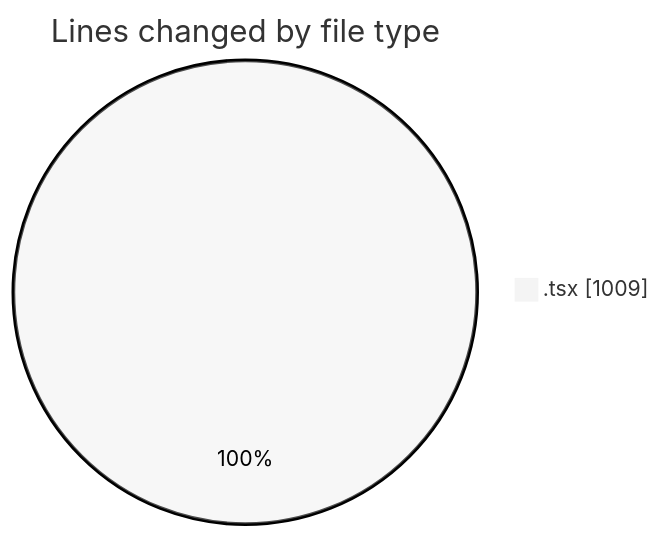
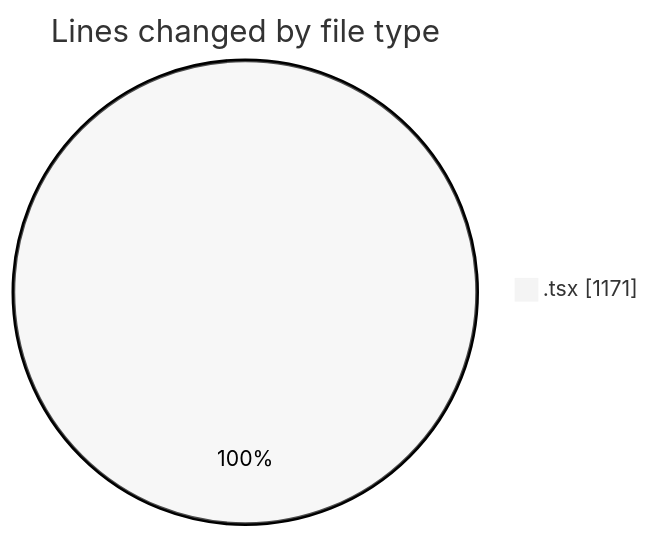
The first of 2 diagrams in 2025-06-25/archive/README.md (JenPaints/code-tracking), drawn with Mermaid (neutral theme) before and after one commit. The commit also changed other lines of this file and 1 other file, not shown here.

````diff
--- a/2025-06-25/archive/README.md
+++ b/2025-06-25/archive/README.md
@@ -21,5 +22,5 @@
 ```mermaid
 pie showData
 title Lines changed by file type
-".tsx" : 1009
+".tsx" : 1171
 ```
````
